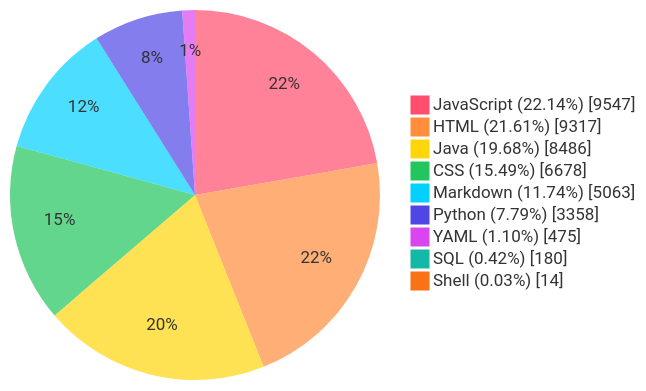
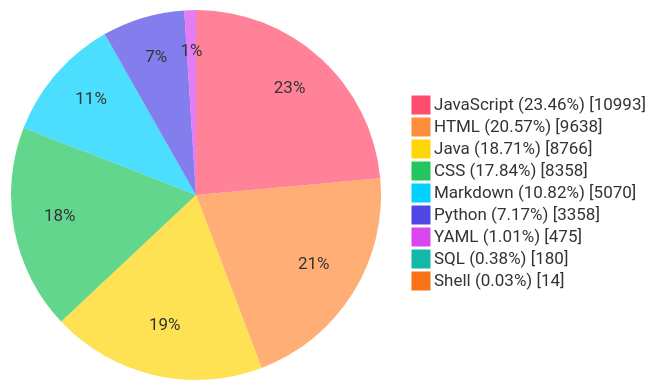
Before and after one commit to TheBadRoger/BUCT-Teaching-Aids: the diagram in scripts/generated/README_STATS.md, drawn with Mermaid. The commit also changed other lines of this file and 2 other files, not shown here.

Commit message:
chore(stats): 按合并后的代码重新生成统计数据

````diff
--- a/scripts/generated/README_STATS.md
+++ b/scripts/generated/README_STATS.md
@@ -17,28 +17,28 @@
 ```mermaid
 %%{init: {'theme':'base','themeVariables': {
   'fontFamily': 'Fira Code, JetBrains Mono, Source Code Pro, Cascadia Code, Menlo, Consolas, monospace',
   'pieStrokeColor': 'transparent',
   'pieStrokeWidth': '0px',
   'pieOuterStrokeWidth': '0px',
   'pie1': '#FF4D6D',
   'pie2': '#FF8E3C',
   'pie3': '#FFD60A',
   'pie4': '#22C55E',
   'pie5': '#00D1FF',
   'pie6': '#4F46E5',
   'pie7': '#D946EF',
   'pie8': '#14B8A6',
   'pie9': '#F97316',
   'pie10': '#A855F7'
 }}}%%
 pie showData
-    "JavaScript (22.14%)" : 9547
-    "HTML (21.61%)" : 9317
-    "Java (19.68%)" : 8486
-    "CSS (15.49%)" : 6678
-    "Markdown (11.74%)" : 5063
-    "Python (7.79%)" : 3358
-    "YAML (1.10%)" : 475
-    "SQL (0.42%)" : 180
+    "JavaScript (23.46%)" : 10993
+    "HTML (20.57%)" : 9638
+    "Java (18.71%)" : 8766
+    "CSS (17.84%)" : 8358
+    "Markdown (10.82%)" : 5070
+    "Python (7.17%)" : 3358
+    "YAML (1.01%)" : 475
+    "SQL (0.38%)" : 180
     "Shell (0.03%)" : 14
 ```
````
